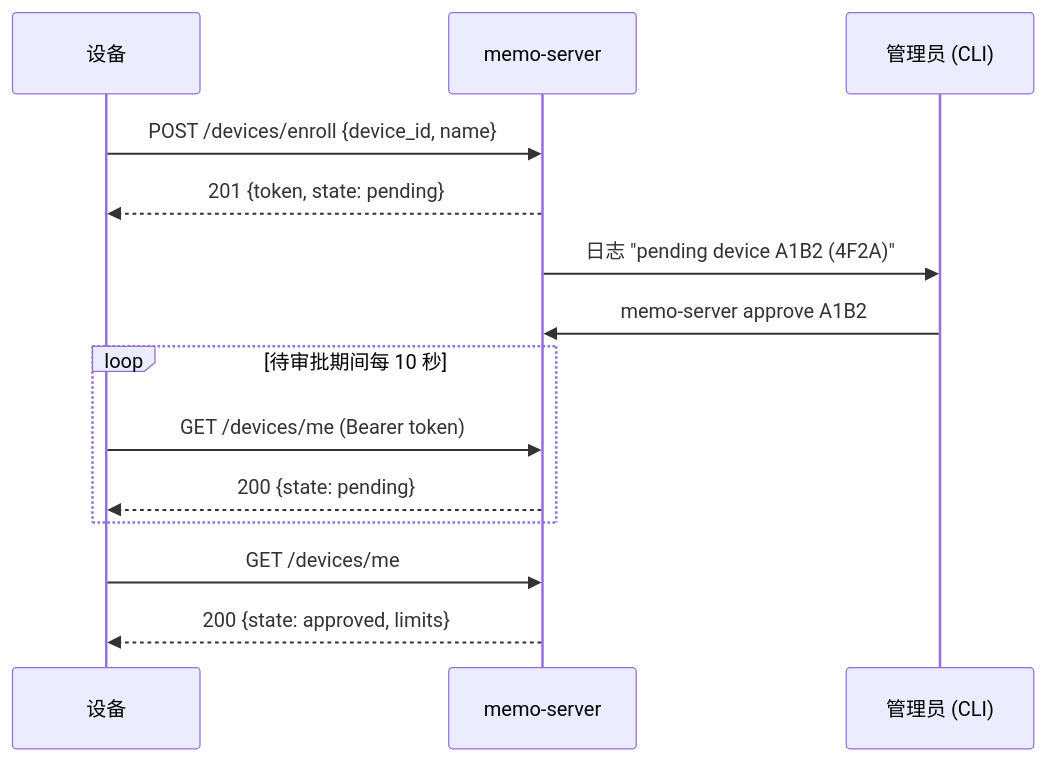
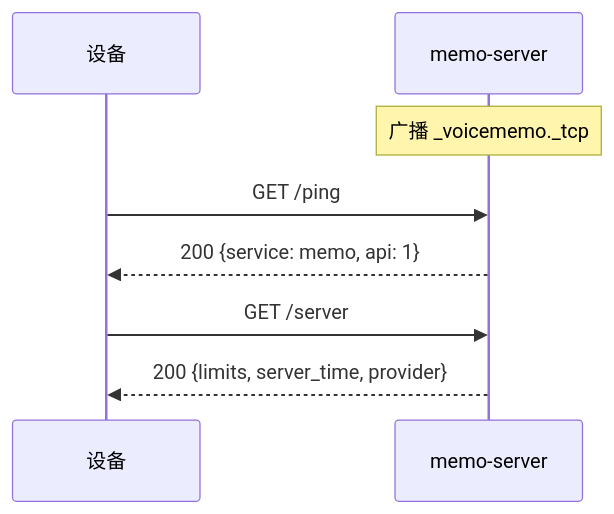
Before and after one commit to tf4fun/voice-memo: the first of 5 diagrams in docs/technical/server.zh_CN.md, drawn with Mermaid. The commit also changed other lines of this file and 1 other file, not shown here.

First line of the commit message:
docs(server): drop device approval and complete the memo API

````diff
--- a/docs/technical/server.zh_CN.md
+++ b/docs/technical/server.zh_CN.md
@@ -384,16 +399,10 @@
 ```mermaid
 sequenceDiagram
     participant D as 设备
     participant S as memo-server
-    participant A as 管理员 (CLI)
-    D->>S: POST /devices/enroll {device_id, name}
-    S-->>D: 201 {token, state: pending}
-    S->>A: 日志 "pending device A1B2 (4F2A)"
-    A->>S: memo-server approve A1B2
-    loop 待审批期间每 10 秒
-        D->>S: GET /devices/me (Bearer token)
-        S-->>D: 200 {state: pending}
-    end
-    D->>S: GET /devices/me
-    S-->>D: 200 {state: approved, limits}
+    Note over S: 广播 _voicememo._tcp
+    D->>S: GET /ping
+    S-->>D: 200 {service: memo, api: 1}
+    D->>S: GET /server
+    S-->>D: 200 {limits, server_time, provider}
 ```
````
